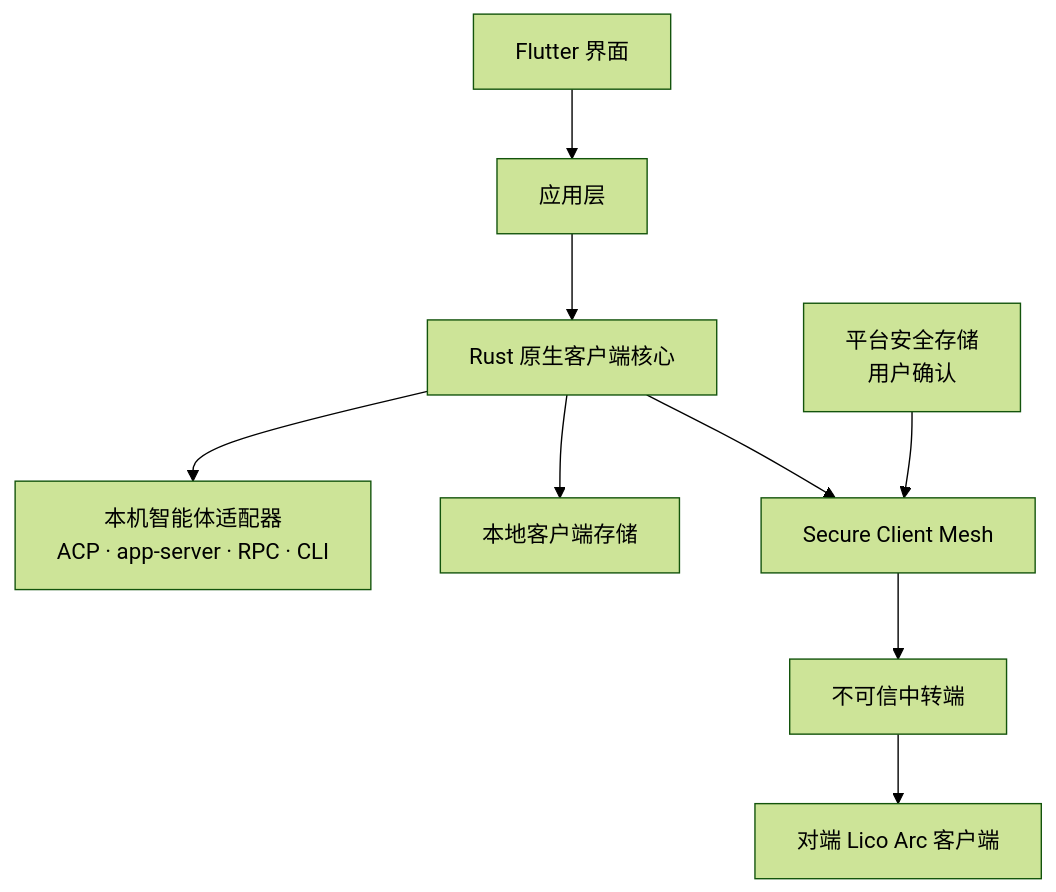
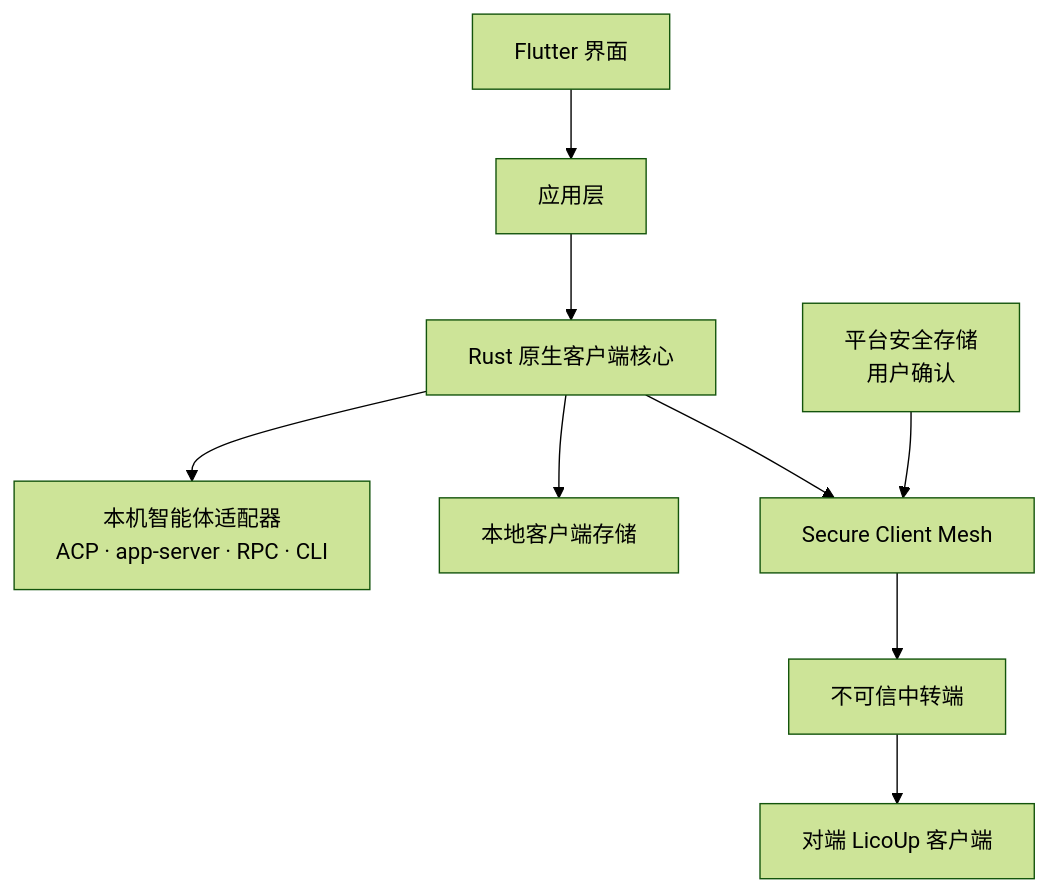
The first of 3 diagrams in docs/architecture/README.zh-CN.md (LicoLand/LicoUp), drawn with Mermaid (forest theme) before and after one commit. The commit also changed other lines of this file and 2544 other files, not shown here.

````diff
--- a/docs/architecture/README.zh-CN.md
+++ b/docs/architecture/README.zh-CN.md
@@ -22,11 +22,11 @@
 ```mermaid
 flowchart TB
     UI["Flutter 界面"] --> APP["应用层"]
     APP --> CORE["Rust 原生客户端核心"]
     CORE --> AGENTS["本机智能体适配器<br/>ACP · app-server · RPC · CLI"]
     CORE --> STORE["本地客户端存储"]
     CORE --> MESH["Secure Client Mesh"]
     MESH --> RELAY["不可信中转端"]
-    RELAY --> PEER["对端 Lico Arc 客户端"]
+    RELAY --> PEER["对端 LicoUp 客户端"]
     KEYS["平台安全存储<br/>用户确认"] --> MESH
 ```
````
